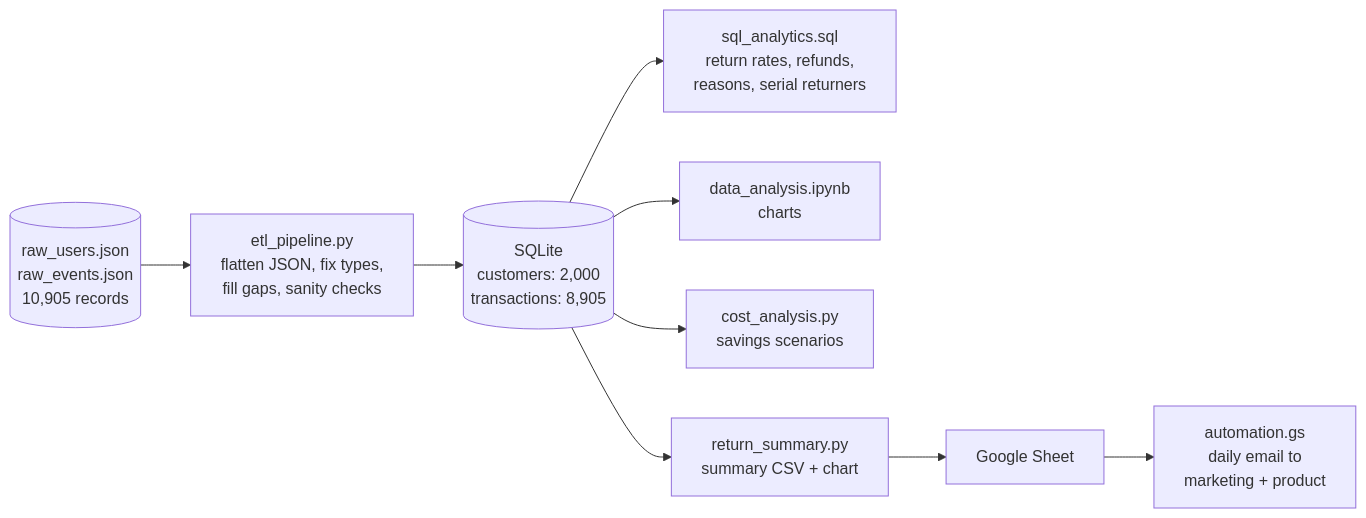
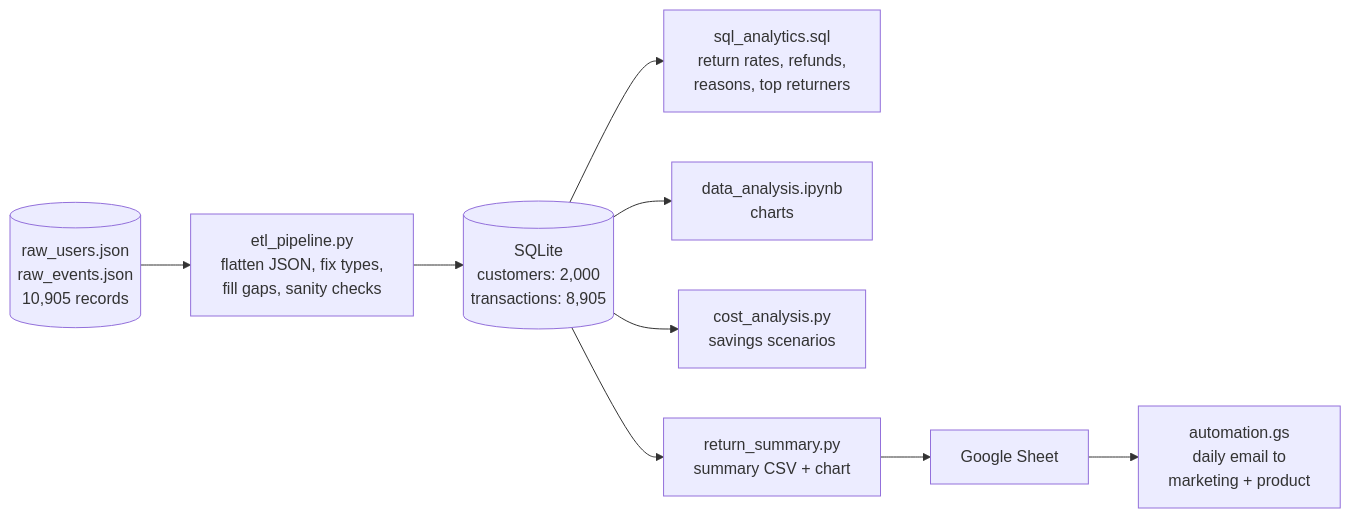
Before and after one commit to Saksham2410del/Ecommerce-returns-analytics: the diagram in README.md, drawn with Mermaid. The commit also changed other lines of this file and 8 other files, not shown here.

````diff
--- a/README.md
+++ b/README.md
@@ -46,10 +46,10 @@
 ```mermaid
 flowchart LR
     A[(raw_users.json<br/>raw_events.json<br/>10,905 records)] --> B[etl_pipeline.py<br/>flatten JSON, fix types,<br/>fill gaps, sanity checks]
     B --> C[(SQLite<br/>customers: 2,000<br/>transactions: 8,905)]
-    C --> D[sql_analytics.sql<br/>return rates, refunds,<br/>reasons, serial returners]
+    C --> D[sql_analytics.sql<br/>return rates, refunds,<br/>reasons, top returners]
     C --> E[data_analysis.ipynb<br/>charts]
     C --> F[cost_analysis.py<br/>savings scenarios]
     C --> G[return_summary.py<br/>summary CSV + chart]
     G --> H[Google Sheet] --> I[automation.gs<br/>daily email to<br/>marketing + product]
 ```
````
